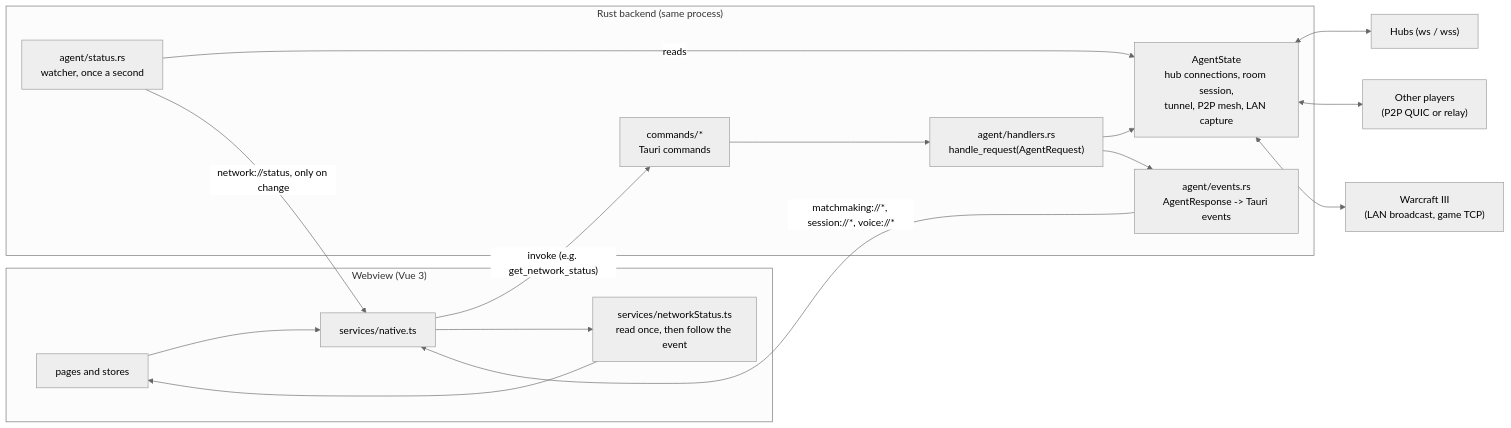
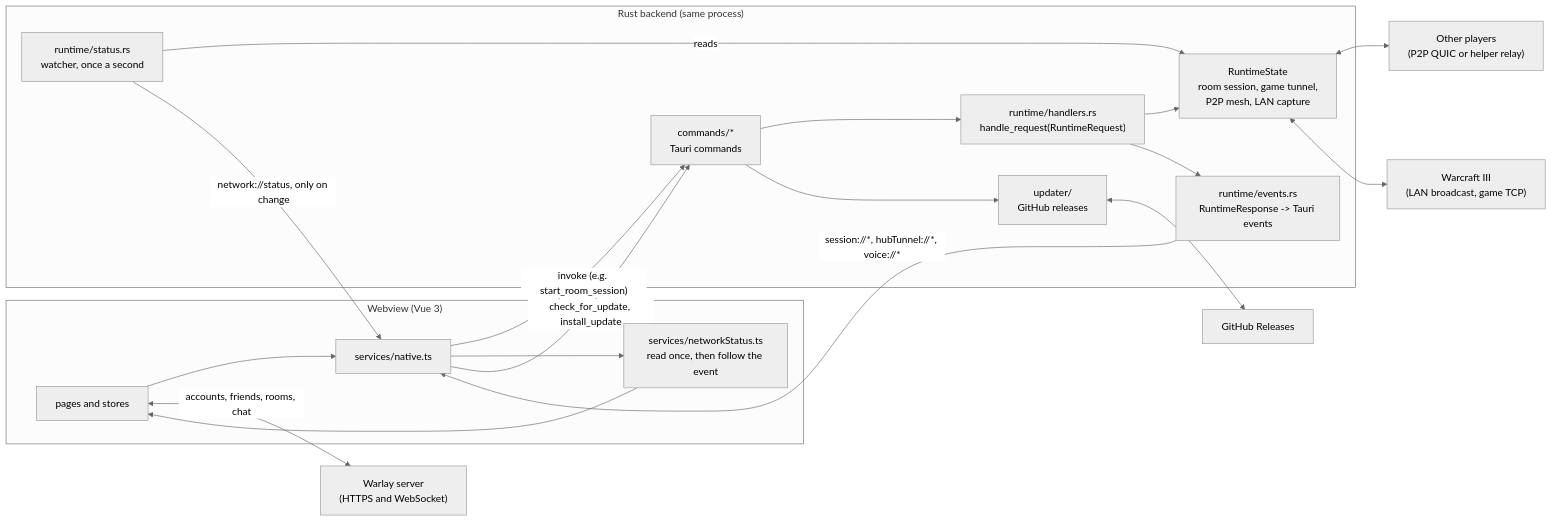
One commit to jhonsferg/warlay changed the second of 2 diagrams in desktop/README.md. Above: the diagram before and after it, drawn with Mermaid (neutral theme). The commit also changed other lines of this file, not shown here.

````diff
--- a/desktop/README.md
+++ b/desktop/README.md
@@ -73,34 +76,39 @@
 ```mermaid
 flowchart LR
     subgraph webview["Webview (Vue 3)"]
         pages["pages and stores"]
         native["services/native.ts"]
         feed["services/networkStatus.ts<br/>read once, then follow the event"]
     end
 
     subgraph backend["Rust backend (same process)"]
         commands["commands/*<br/>Tauri commands"]
-        handlers["agent/handlers.rs<br/>handle_request(AgentRequest)"]
-        state["AgentState<br/>hub connections, room session,<br/>tunnel, P2P mesh, LAN capture"]
-        events["agent/events.rs<br/>AgentResponse -> Tauri events"]
-        watcher["agent/status.rs<br/>watcher, once a second"]
+        handlers["runtime/handlers.rs<br/>handle_request(RuntimeRequest)"]
+        state["RuntimeState<br/>room session, game tunnel,<br/>P2P mesh, LAN capture"]
+        events["runtime/events.rs<br/>RuntimeResponse -> Tauri events"]
+        watcher["runtime/status.rs<br/>watcher, once a second"]
+        updater["updater/<br/>GitHub releases"]
     end
 
-    hubs["Hubs (ws / wss)"]
-    peers["Other players<br/>(P2P QUIC or relay)"]
+    server["Warlay server<br/>(HTTPS and WebSocket)"]
+    peers["Other players<br/>(P2P QUIC or helper relay)"]
     game["Warcraft III<br/>(LAN broadcast, game TCP)"]
+    github["GitHub Releases"]
 
     pages --> native
-    native -->|"invoke (e.g. get_network_status)"| commands
+    native -->|"invoke (e.g. start_room_session)"| commands
     commands --> handlers
     handlers --> state
-    state <--> hubs
     state <--> peers
     state <--> game
     handlers --> events
     watcher -->|reads| state
     watcher -->|"network://status, only on change"| native
-    events -->|"matchmaking://*, session://*, voice://*"| native
+    events -->|"session://*, hubTunnel://*, voice://*"| native
     native --> feed
     feed --> pages
+    pages <-->|"accounts, friends, rooms, chat"| server
+    native -->|"check_for_update, install_update"| commands
+    commands --> updater
+    updater <--> github
 ```
````
